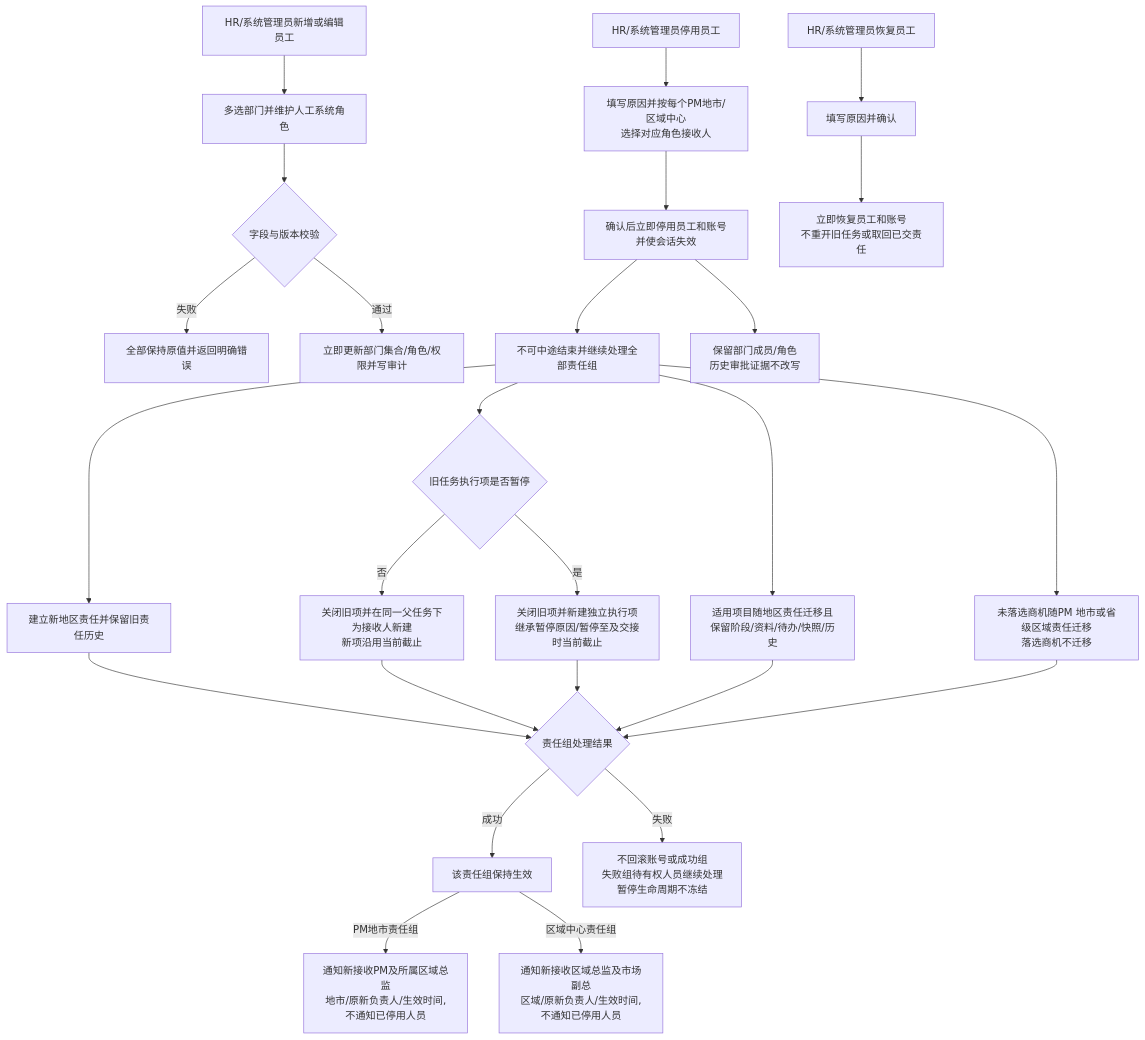
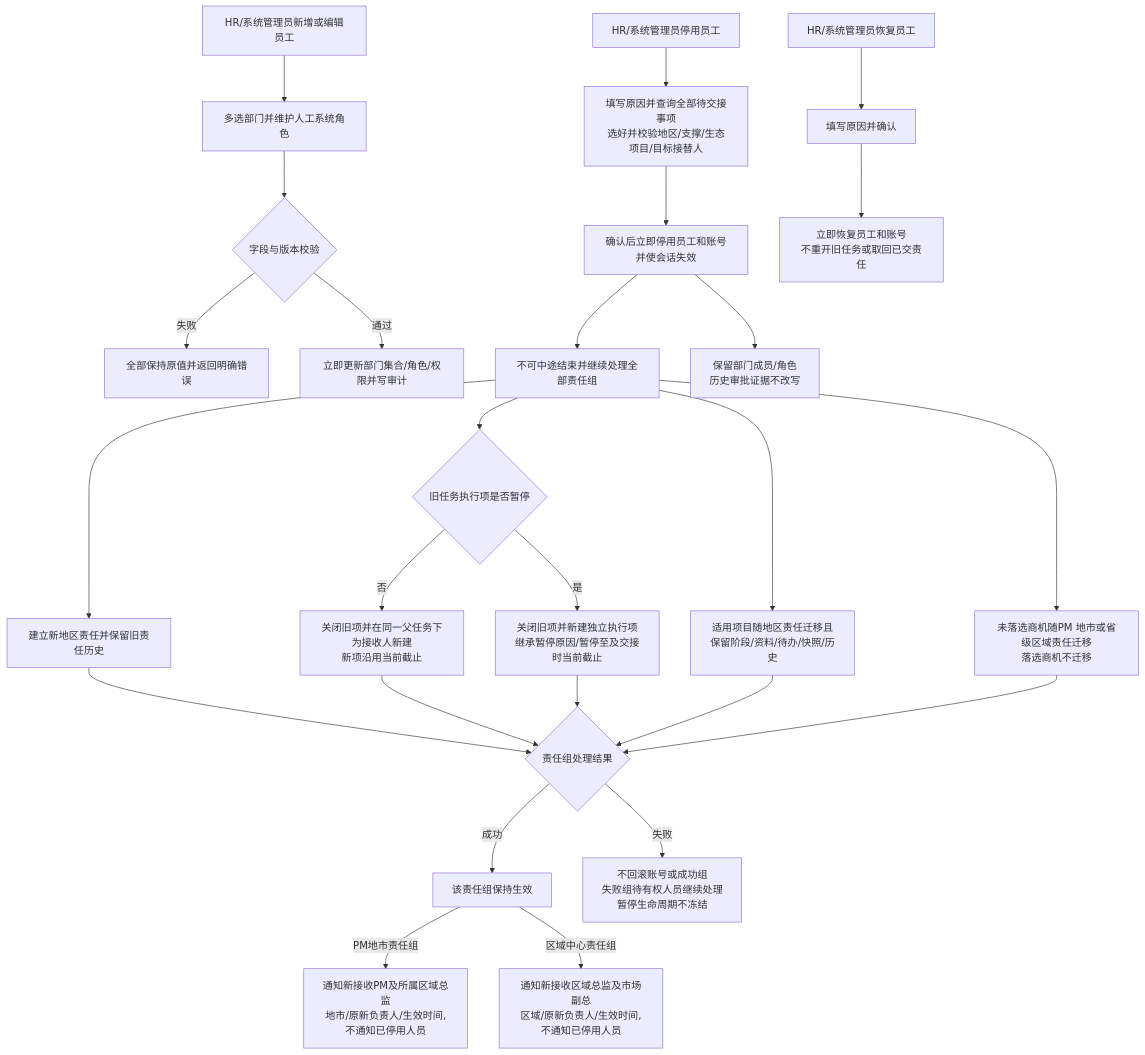
One commit to Joker-1030/Yingjia-Internal-Management-System changed the diagram in prd-workspace/current/user-flows/FLOW-14-M06-employee-change-and-deactivation.md. Above: the diagram before and after it, drawn with Mermaid. The commit also changed other lines of this file and 50 other files, not shown here.

````diff
--- a/prd-workspace/current/user-flows/FLOW-14-M06-employee-change-and-deactivation.md
+++ b/prd-workspace/current/user-flows/FLOW-14-M06-employee-change-and-deactivation.md
@@ -10,28 +10,28 @@
 ```mermaid
 flowchart TD
     A[HR/系统管理员新增或编辑员工] --> B[多选部门并维护人工系统角色]
     B --> C{字段与版本校验}
     C -- 失败 --> D[全部保持原值并返回明确错误]
     C -- 通过 --> E[立即更新部门集合/角色/权限并写审计]
-    F[HR/系统管理员停用员工] --> G[填写原因并按每个PM地市/区域中心<br/>选择对应角色接收人]
+    F[HR/系统管理员停用员工] --> G[填写原因并查询全部待交接事项<br/>选好并校验地区/支撑/生态项目/目标接替人]
     G --> H[确认后立即停用员工和账号并使会话失效]
     H --> I[不可中途结束并继续处理全部责任组]
     I --> J[建立新地区责任并保留旧责任历史]
     I --> K{旧任务执行项是否暂停}
     K -- 否 --> K0[关闭旧项并在同一父任务下为接收人新建<br/>新项沿用当前截止]
     K -- 是 --> K4[关闭旧项并新建独立执行项<br/>继承暂停原因/暂停至及交接时当前截止]
     I --> K1[适用项目随地区责任迁移且保留阶段/资料/待办/快照/历史]
     I --> K3[未落选商机随PM 地市或省级区域责任迁移<br/>落选商机不迁移]
     J --> L1{责任组处理结果}
     K0 --> L1
     K4 --> L1
     K1 --> L1
     K3 --> L1
     L1 -- 成功 --> L2[该责任组保持生效]
     L2 -- PM地市责任组 --> L4[通知新接收PM及所属区域总监<br/>地市/原新负责人/生效时间,不通知已停用人员]
     L2 -- 区域中心责任组 --> L5[通知新接收区域总监及市场副总<br/>区域/原新负责人/生效时间,不通知已停用人员]
     L1 -- 失败 --> L3[不回滚账号或成功组<br/>失败组待有权人员继续处理<br/>暂停生命周期不冻结]
     H --> K2[保留部门成员/角色<br/>历史审批证据不改写]
     M[HR/系统管理员恢复员工] --> N[填写原因并确认]
     N --> O[立即恢复员工和账号<br/>不重开旧任务或取回已交责任]
 ```
````
